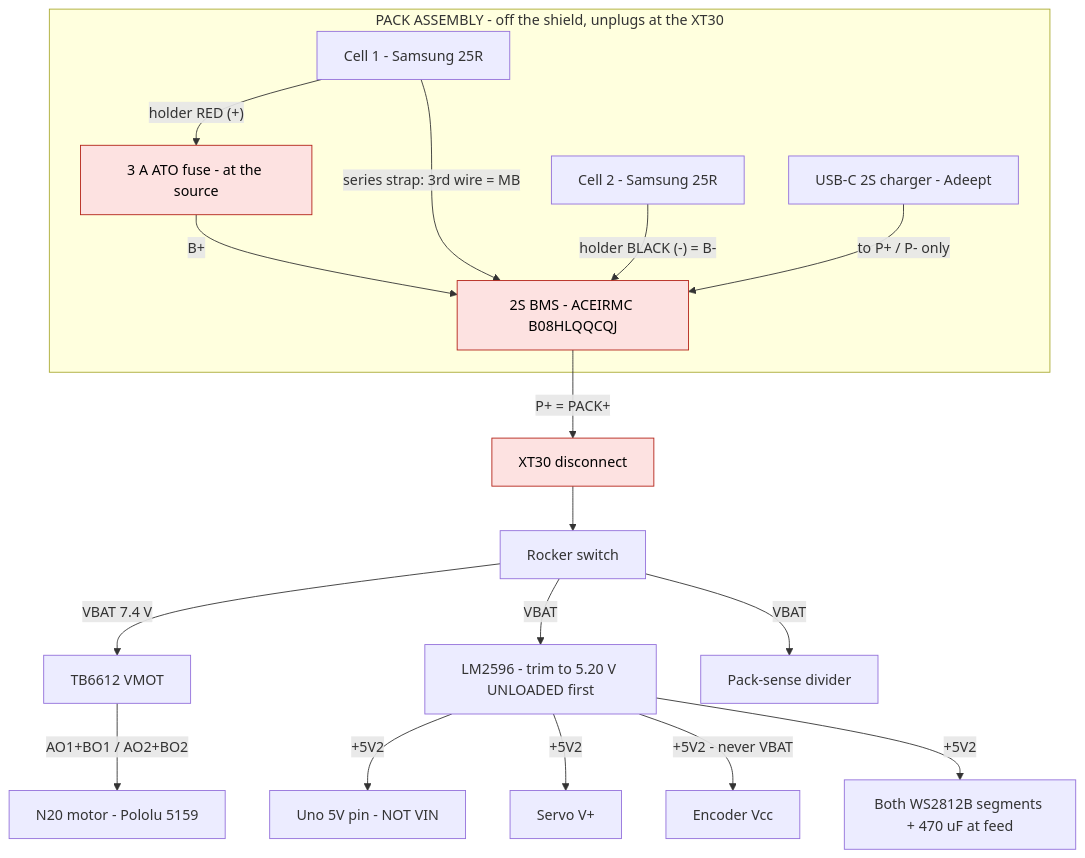
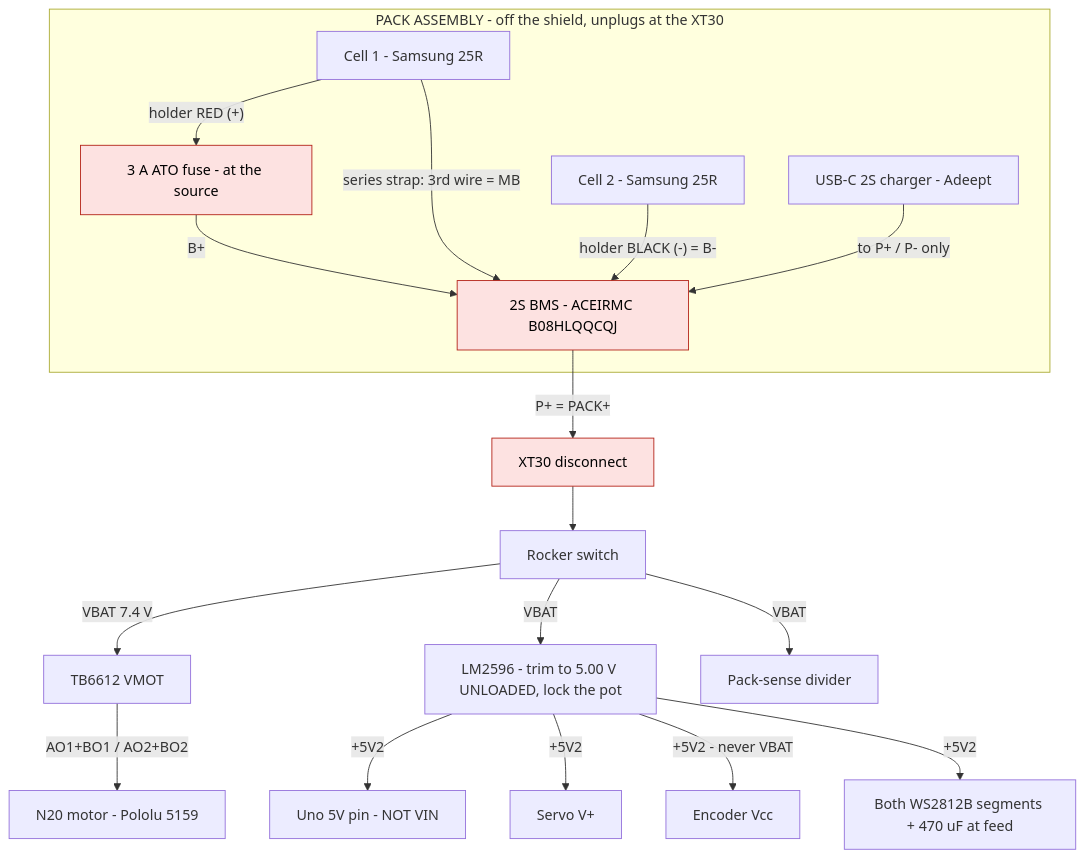
One commit to Evan-Daruwalla/vision-autonomous-car changed the first of 3 diagrams in docs/WIRING_PROTOSHIELD.md. Above: the diagram before and after it, drawn with Mermaid. The commit also changed other lines of this file and 12 other files, not shown here.

````diff
--- a/docs/WIRING_PROTOSHIELD.md
+++ b/docs/WIRING_PROTOSHIELD.md
@@ -80,26 +78,26 @@
 ```mermaid
 flowchart TB
   subgraph PACK["PACK ASSEMBLY - off the shield, unplugs at the XT30"]
     C1["Cell 1 - Samsung 25R"]
     C2["Cell 2 - Samsung 25R"]
     FUSE["3 A ATO fuse - at the source"]
     BMS["2S BMS - ACEIRMC B08HLQQCQJ"]
     CHG["USB-C 2S charger - Adeept"]
     C1 -- "holder RED (+)" --> FUSE -- "B+" --> BMS
     C1 -- "series strap: 3rd wire = MB" --> BMS
     C2 -- "holder BLACK (-) = B-" --> BMS
     CHG -- "to P+ / P- only" --> BMS
   end
   BMS -- "P+ = PACK+" --> XT30["XT30 disconnect"]
   XT30 --> SW["Rocker switch"]
   SW -- "VBAT 7.4 V" --> TB["TB6612 VMOT"]
   TB -- "AO1+BO1 / AO2+BO2" --> MOT["N20 motor - Pololu 5159"]
-  SW -- "VBAT" --> BUCK["LM2596 - trim to 5.20 V UNLOADED first"]
+  SW -- "VBAT" --> BUCK["LM2596 - trim to 5.00 V UNLOADED, lock the pot"]
   SW -- "VBAT" --> DIV["Pack-sense divider"]
   BUCK -- "+5V2" --> UNO["Uno 5V pin - NOT VIN"]
   BUCK -- "+5V2" --> SERVO["Servo V+"]
   BUCK -- "+5V2 - never VBAT" --> ENC["Encoder Vcc"]
   BUCK -- "+5V2" --> STRIPS["Both WS2812B segments + 470 uF at feed"]
   classDef safety fill:#fde2e1,stroke:#b42318,color:#000
   class FUSE,BMS,XT30 safety
 ```
````
